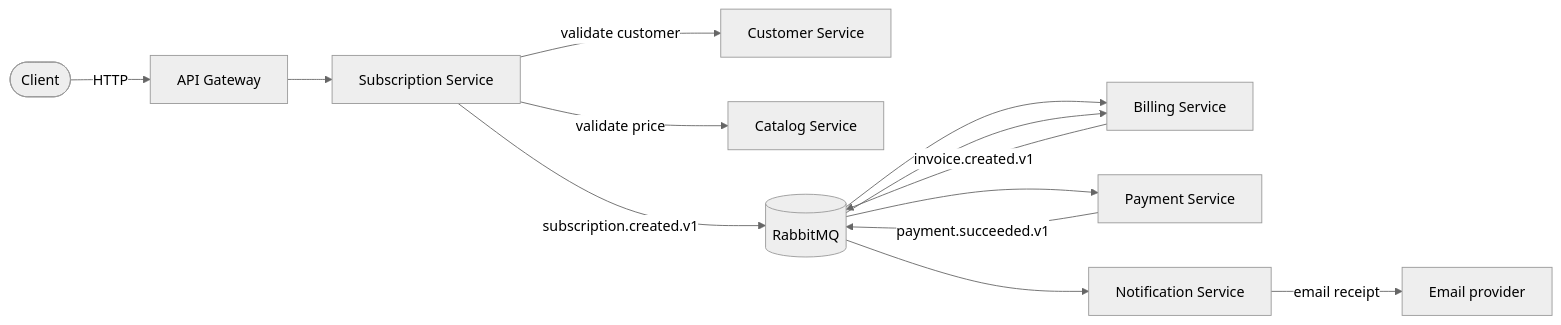
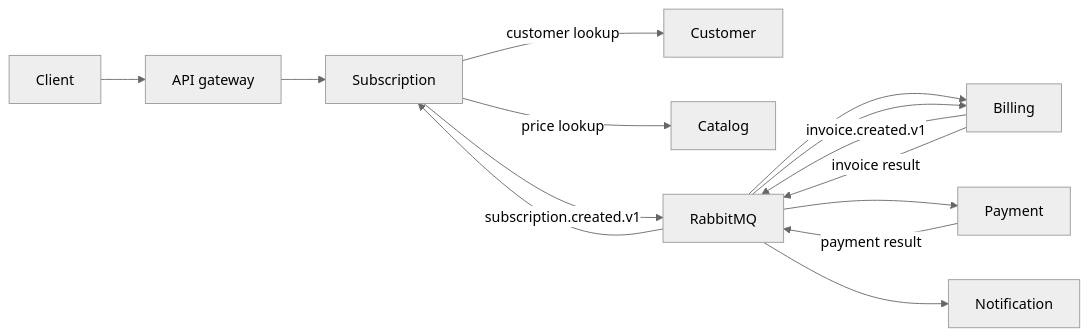
The diagram in README.md (ifdancoder/pet-payment-billing-platform), drawn with Mermaid (neutral theme) before and after one commit. The commit also changed other lines of this file and 14 other files, not shown here.

````diff
--- a/README.md
+++ b/README.md
@@ -62,15 +26,16 @@
 ```mermaid
 flowchart LR
-    Client([Client]) -->|HTTP| Gateway[API Gateway]
-    Gateway --> Subscription[Subscription Service]
-    Subscription -->|validate customer| Customer[Customer Service]
-    Subscription -->|validate price| Catalog[Catalog Service]
-    Subscription -->|subscription.created.v1| MQ[(RabbitMQ)]
-    MQ --> Billing[Billing Service]
-    Billing -->|invoice.created.v1| MQ
-    MQ --> Payment[Payment Service]
-    Payment -->|payment.succeeded.v1| MQ
-    MQ --> Billing
-    MQ --> Notification[Notification Service]
-    Notification -->|email receipt| Provider[Email provider]
+    Client --> Gateway[API gateway]
+    Gateway --> Subscription
+    Subscription -->|customer lookup| Customer
+    Subscription -->|price lookup| Catalog
+    Subscription -->|subscription.created.v1| RabbitMQ
+    RabbitMQ --> Billing
+    Billing -->|invoice.created.v1| RabbitMQ
+    RabbitMQ --> Payment
+    Payment -->|payment result| RabbitMQ
+    RabbitMQ --> Billing
+    RabbitMQ --> Notification
+    Billing -->|invoice result| RabbitMQ
+    RabbitMQ --> Subscription
 ```
````
